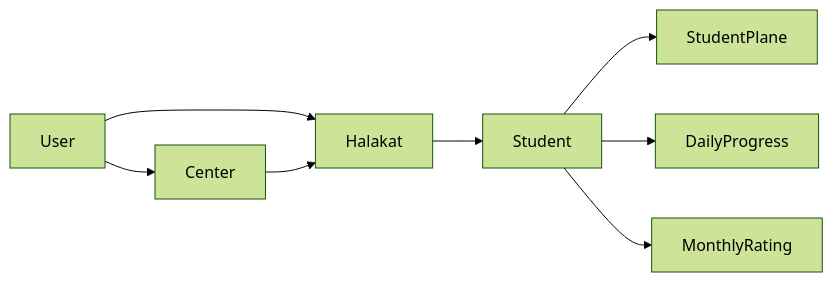
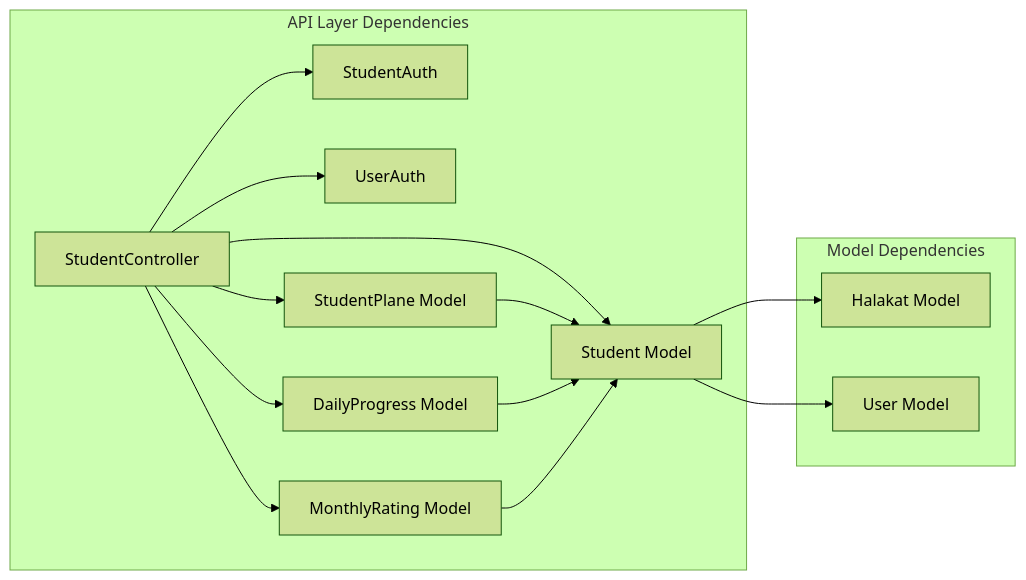
Before and after one commit to Mreng78/khirocom_project: the third of 4 diagrams in .qoder/repowiki/en/content/Feature Modules/Student Management.md, drawn with Mermaid (forest theme). The commit also changed other lines of this file and 17 other files, not shown here.

Commit message:
creat daily progress controller

````diff
--- a/.qoder/repowiki/en/content/Feature Modules/Student Management.md
+++ b/.qoder/repowiki/en/content/Feature Modules/Student Management.md
@@ -378,10 +514,18 @@
 ```mermaid
 graph LR
-U["User"] --> C["Center"]
-U --> H["Halakat"]
-C --> H
-H --> S["Student"]
-S --> SP["StudentPlane"]
-S --> DP["DailyProgress"]
-S --> MR["MonthlyRating"]
+subgraph "API Layer Dependencies"
+SC["StudentController"] --> SA["StudentAuth"]
+SC --> UA["UserAuth"]
+SC --> S["Student Model"]
+SC --> SP["StudentPlane Model"]
+SC --> DP["DailyProgress Model"]
+SC --> MR["MonthlyRating Model"]
+end
+subgraph "Model Dependencies"
+S --> H["Halakat Model"]
+S --> U["User Model"]
+SP --> S
+DP --> S
+MR --> S
+end
 ```
````
